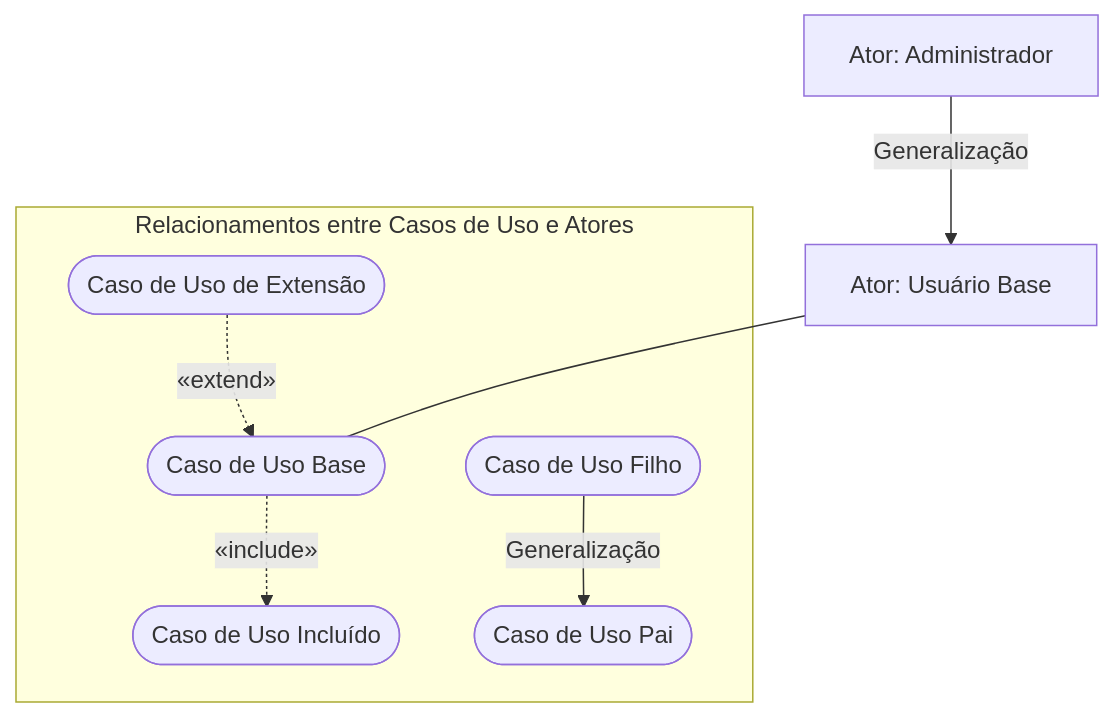
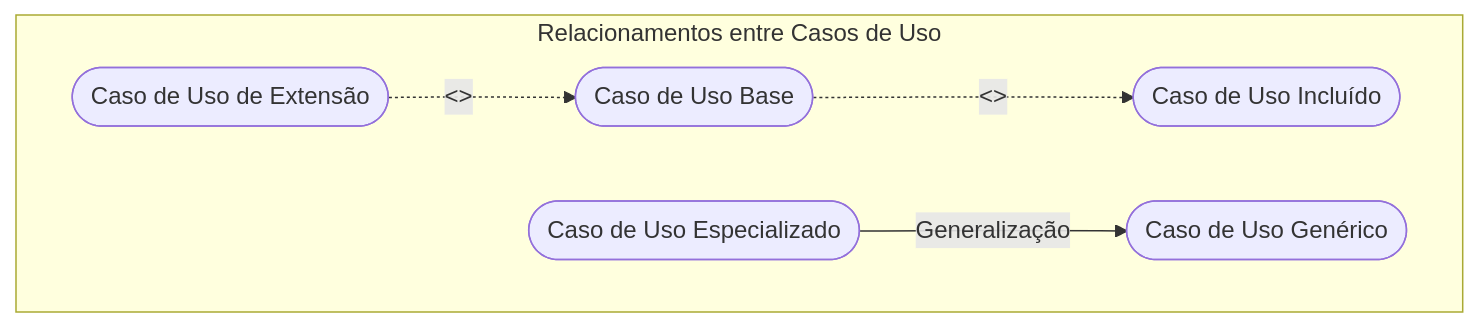
Before and after one commit to murilolol/unifef: diagram 12 of 30 in 4º Semestre/[Prof. Wesley Soares] Engenharia de Software II/Resumos-IA/Caderno-Consolidado.md, drawn with Mermaid. The commit also changed other lines of this file and 58 other files, not shown here.

````diff
--- a/4º Semestre/[Prof. Wesley Soares] Engenharia de Software II/Resumos-IA/Caderno-Consolidado.md
+++ b/4º Semestre/[Prof. Wesley Soares] Engenharia de Software II/Resumos-IA/Caderno-Consolidado.md
@@ -616,19 +511,14 @@
 ```mermaid
 flowchart TD
-  subgraph Sistema["Relacionamentos entre Casos de Uso e Atores"]
+  subgraph TiposDeRelacionamentos["Relacionamentos entre Casos de Uso"]
     Base(["Caso de Uso Base"])
-    Inc(["Caso de Uso Incluído"])
-    Ext(["Caso de Uso de Extensão"])
-    Pai(["Caso de Uso Pai"])
-    Filho(["Caso de Uso Filho"])
+    Incluso(["Caso de Uso Incluído"])
+    Extensao(["Caso de Uso de Extensão"])
+    Pai(["Caso de Uso Genérico"])
+    Filho(["Caso de Uso Especializado"])
 
-    Base -.->|"«include»"| Inc
-    Ext -.->|"«extend»"| Base
+    Base -.->|"<<include>>"| Incluso
+    Extensao -.->|"<<extend>>"| Base
     Filho -->|"Generalização"| Pai
   end
-
-  AtorPai["Ator: Usuário Base"]
-  AtorFilho["Ator: Administrador"]
-  AtorFilho -->|"Generalização"| AtorPai
-  AtorPai --- Base
 ```
````
